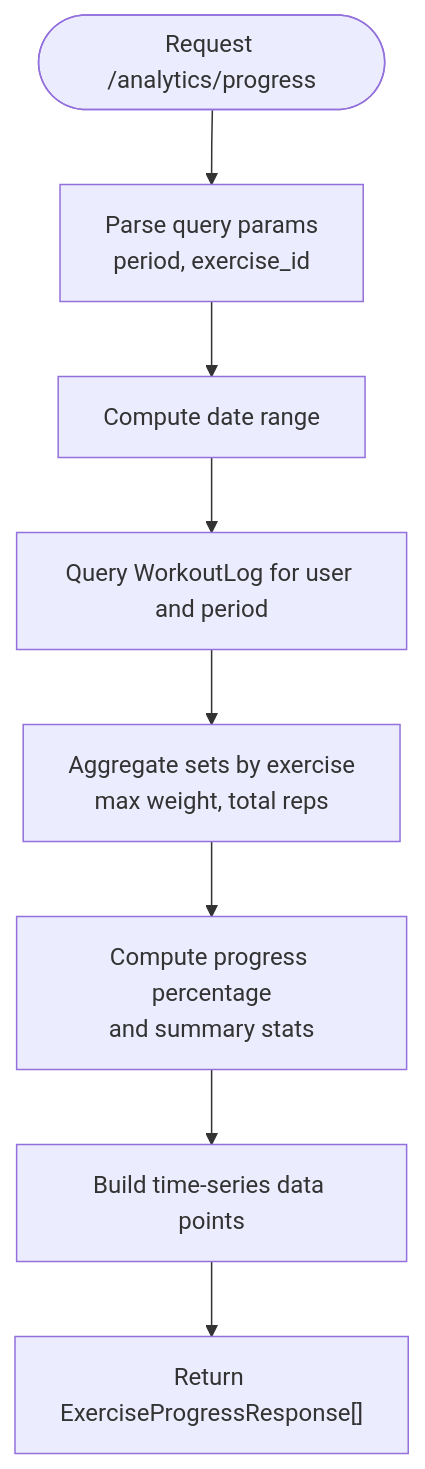
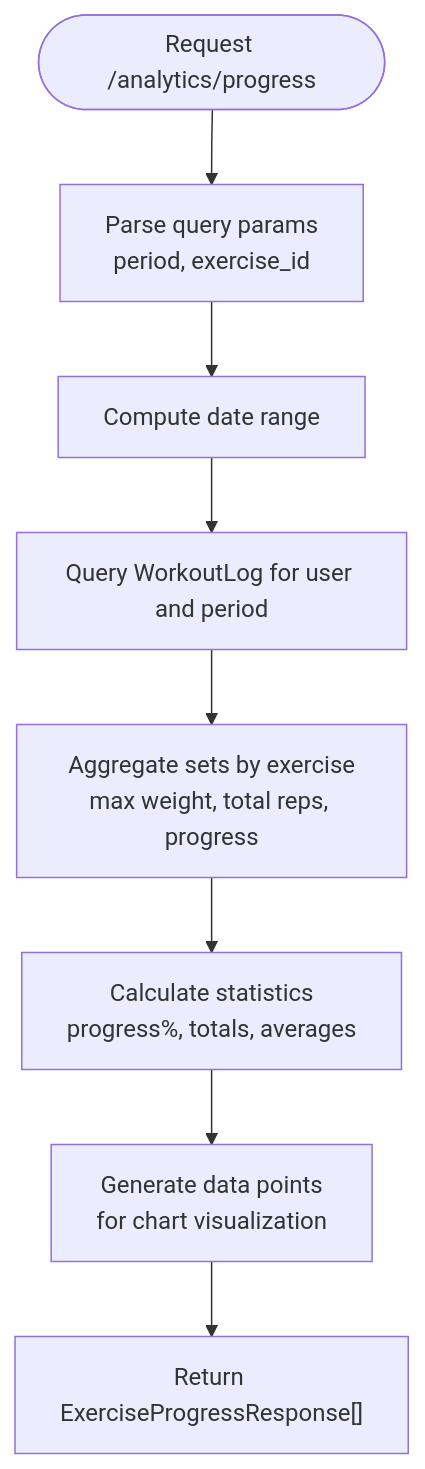
One commit to nilsnavi/fit_trackerpro changed the third of 7 diagrams in .qoder/repowiki/en/content/Feature Implementation/Analytics & Insights Dashboard.md. Above: the diagram before and after it, drawn with Mermaid. The commit also changed other lines of this file and 19 other files, not shown here.

````diff
--- a/.qoder/repowiki/en/content/Feature Implementation/Analytics & Insights Dashboard.md
+++ b/.qoder/repowiki/en/content/Feature Implementation/Analytics & Insights Dashboard.md
@@ -142,10 +175,10 @@
 ```mermaid
 flowchart TD
 Start(["Request /analytics/progress"]) --> Parse["Parse query params<br/>period, exercise_id"]
 Parse --> Range["Compute date range"]
 Range --> QueryLogs["Query WorkoutLog for user and period"]
-QueryLogs --> Aggregate["Aggregate sets by exercise<br/>max weight, total reps"]
-Aggregate --> Compute["Compute progress percentage<br/>and summary stats"]
-Compute --> Series["Build time-series data points"]
-Series --> Response["Return ExerciseProgressResponse[]"]
+QueryLogs --> Aggregate["Aggregate sets by exercise<br/>max weight, total reps, progress"]
+Aggregate --> Stats["Calculate statistics<br/>progress%, totals, averages"]
+Stats --> Points["Generate data points<br/>for chart visualization"]
+Points --> Response["Return ExerciseProgressResponse[]"]
 ```
````
